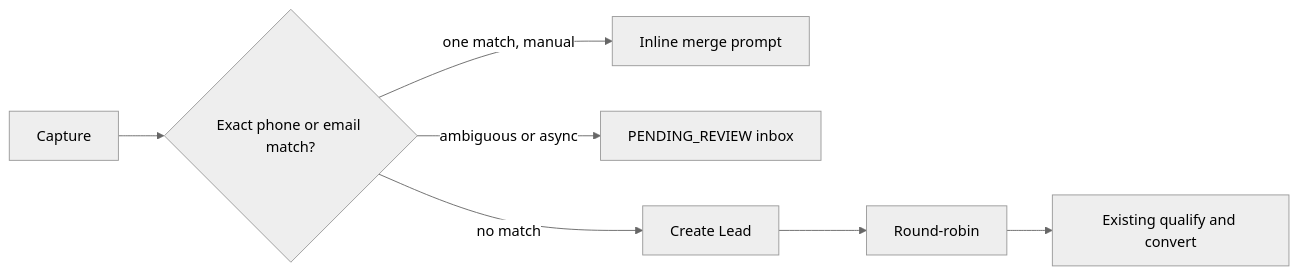
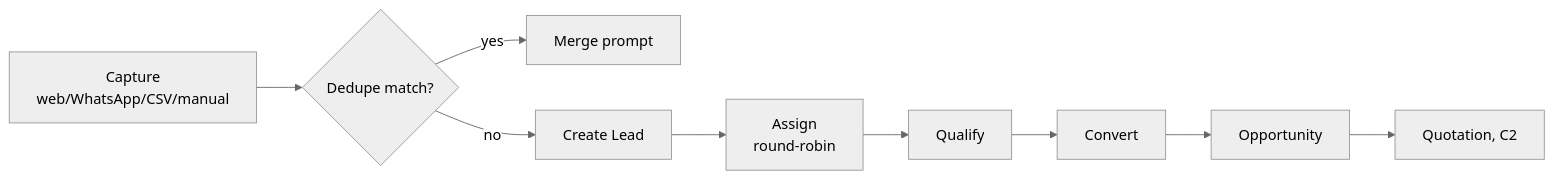
One commit to paurushk/Bizboard changed the second of 3 diagrams in docs/roadmap/BIZBOARD_OS_VISION_IMPLEMENTATION_PLAN_2026-09-23.md. Above: the diagram before and after it, drawn with Mermaid (neutral theme). The commit also changed other lines of this file and 565 other files, not shown here.

````diff
--- a/docs/roadmap/BIZBOARD_OS_VISION_IMPLEMENTATION_PLAN_2026-09-23.md
+++ b/docs/roadmap/BIZBOARD_OS_VISION_IMPLEMENTATION_PLAN_2026-09-23.md
@@ -213,9 +158,11 @@
 ```mermaid
 flowchart LR
-  A[Capture] --> B{Exact phone or email match?}
-  B -- one match, manual --> C[Inline merge prompt]
-  B -- ambiguous or async --> R[PENDING_REVIEW inbox]
-  B -- no match --> D[Create Lead]
-  D --> E[Round-robin]
-  E --> F[Existing qualify and convert]
+  A[Capture<br/>web/WhatsApp/CSV/manual] --> B{Dedupe match?}
+  B -- yes --> C[Merge prompt]
+  B -- no --> D[Create Lead]
+  D --> E[Assign<br/>round-robin]
+  E --> F[Qualify]
+  F --> G[Convert]
+  G --> H[Opportunity]
+  H --> I[Quotation, C2]
 ```
````
